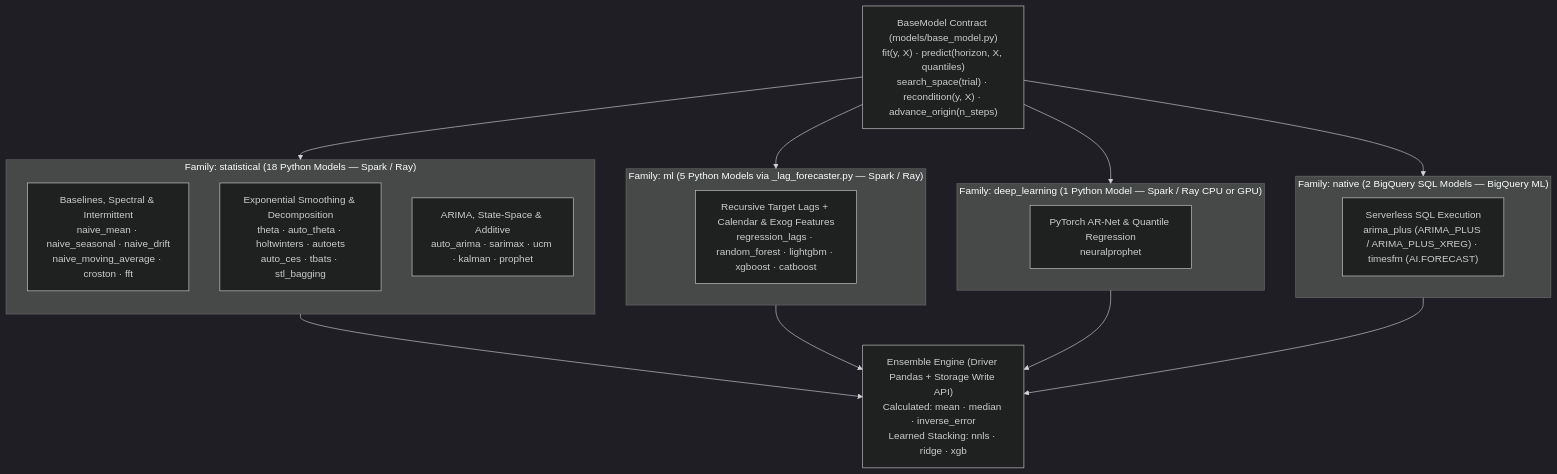
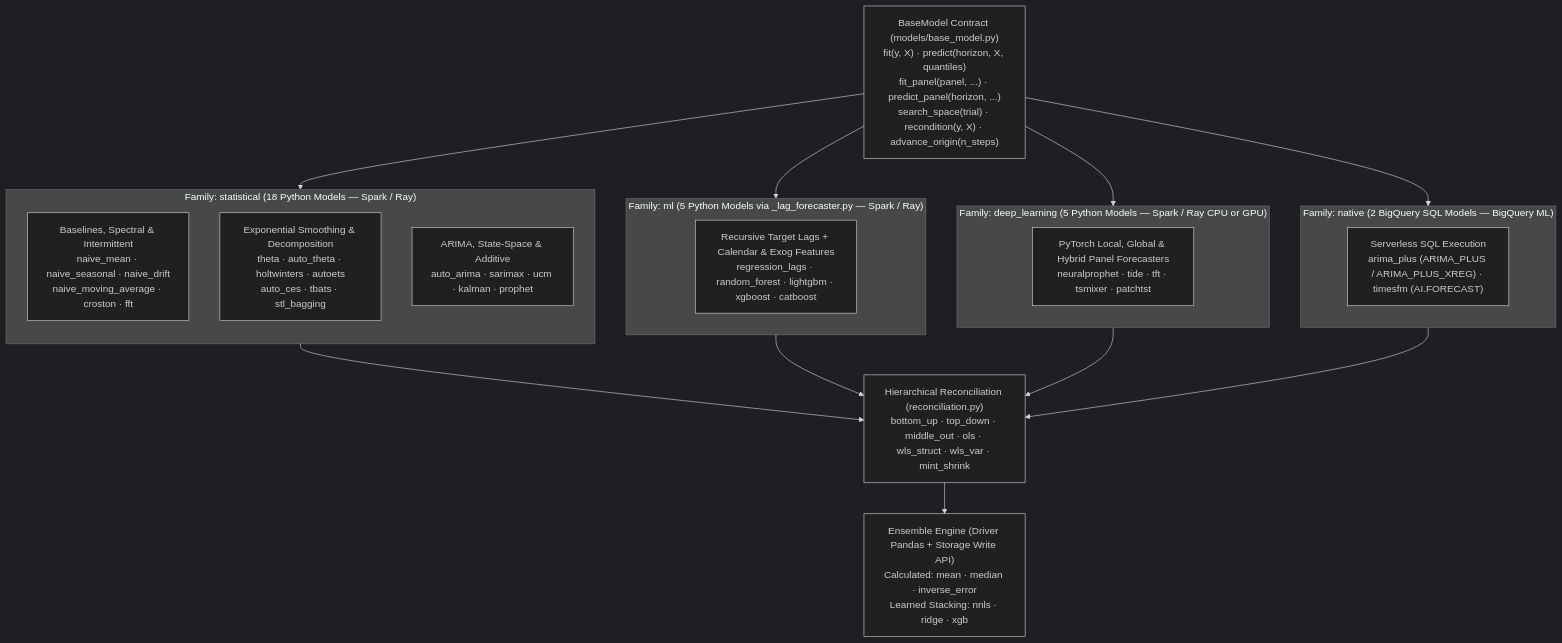
The diagram in docs/models_reference.md (statmike/scale-forecasting), drawn with Mermaid (dark theme) before and after one commit. The commit also changed other lines of this file and 14 other files, not shown here.

Commit message:
feat(hierarchy): add Hyndman FPP3 hierarchical forecast reconciliation and Phase B docs (Milestone B.3)

````diff
--- a/docs/models_reference.md
+++ b/docs/models_reference.md
@@ -7,28 +7,29 @@
 ```mermaid
 flowchart TD
-    Base["BaseModel Contract (models/base_model.py)<br/>fit(y, X) · predict(horizon, X, quantiles)<br/>search_space(trial) · recondition(y, X) · advance_origin(n_steps)"]
+    Base["BaseModel Contract (models/base_model.py)<br/>fit(y, X) · predict(horizon, X, quantiles)<br/>fit_panel(panel, ...) · predict_panel(horizon, ...)<br/>search_space(trial) · recondition(y, X) · advance_origin(n_steps)"]
 
     subgraph Stat["Family: statistical (18 Python Models — Spark / Ray)"]
         direction TB
         S1["Baselines, Spectral & Intermittent<br/>naive_mean · naive_seasonal · naive_drift<br/>naive_moving_average · croston · fft"]
         S2["Exponential Smoothing & Decomposition<br/>theta · auto_theta · holtwinters · autoets<br/>auto_ces · tbats · stl_bagging"]
         S3["ARIMA, State-Space & Additive<br/>auto_arima · sarimax · ucm · kalman · prophet"]
     end
 
     subgraph ML["Family: ml (5 Python Models via _lag_forecaster.py — Spark / Ray)"]
         M1["Recursive Target Lags + Calendar & Exog Features<br/>regression_lags · random_forest · lightgbm · xgboost · catboost"]
     end
 
-    subgraph DL["Family: deep_learning (1 Python Model — Spark / Ray CPU or GPU)"]
-        D1["PyTorch AR-Net & Quantile Regression<br/>neuralprophet"]
+    subgraph DL["Family: deep_learning (5 Python Models — Spark / Ray CPU or GPU)"]
+        D1["PyTorch Local, Global & Hybrid Panel Forecasters<br/>neuralprophet · tide · tft · tsmixer · patchtst"]
     end
 
     subgraph Nat["Family: native (2 BigQuery SQL Models — BigQuery ML)"]
         N1["Serverless SQL Execution<br/>arima_plus (ARIMA_PLUS / ARIMA_PLUS_XREG) · timesfm (AI.FORECAST)"]
     end
 
+    Rec["Hierarchical Reconciliation (reconciliation.py)<br/>bottom_up · top_down · middle_out · ols · wls_struct · wls_var · mint_shrink"]
     Ens["Ensemble Engine (Driver Pandas + Storage Write API)<br/>Calculated: mean · median · inverse_error<br/>Learned Stacking: nnls · ridge · xgb"]
 
     Base --> Stat & ML & DL & Nat
-    Stat & ML & DL & Nat --> Ens
+    Stat & ML & DL & Nat --> Rec --> Ens
 ```
````
